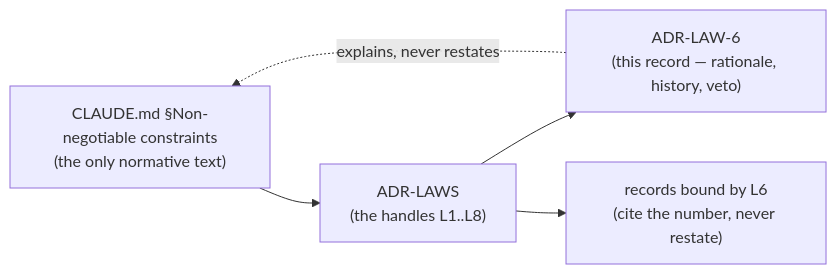
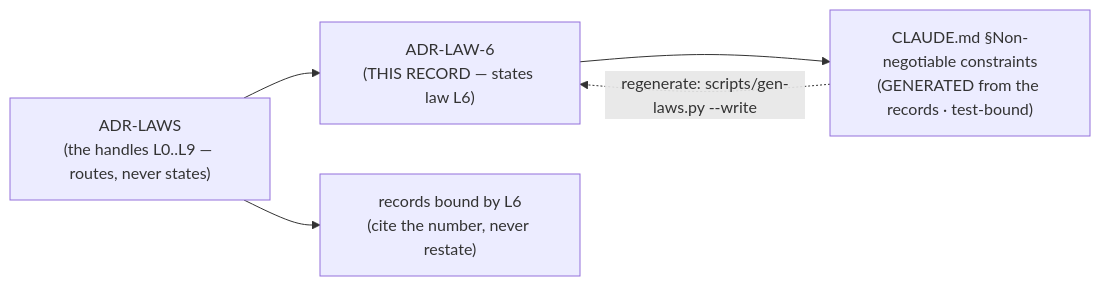
The diagram in docs/adr/0008_LAW-6-say-index.md (arpitarya/fux), drawn with Mermaid before and after one commit. The commit also changed other lines of this file and 190 other files, not shown here.

````diff
--- a/docs/adr/0008_LAW-6-say-index.md
+++ b/docs/adr/0008_LAW-6-say-index.md
@@ -40,10 +42,11 @@
 ```mermaid
 flowchart LR
-    C["CLAUDE.md §Non-negotiable constraints<br/>(the only normative text)"]
-    N["ADR-LAWS<br/>(the handles L1..L8)"]
-    R["ADR-LAW-6<br/>(this record — rationale, history, veto)"]
+    R["ADR-LAW-6<br/>(THIS RECORD — states law L6)"]
+    N["ADR-LAWS<br/>(the handles L0..L9 — routes, never states)"]
+    C["CLAUDE.md §Non-negotiable constraints<br/>(GENERATED from the records · test-bound)"]
     B["records bound by L6<br/>(cite the number, never restate)"]
-    C --> N --> R
+    R --> C
+    N --> R
     N --> B
-    R -. "explains, never restates" .-> C
+    C -. "regenerate: scripts/gen-laws.py --write" .-> R
 ```
````
